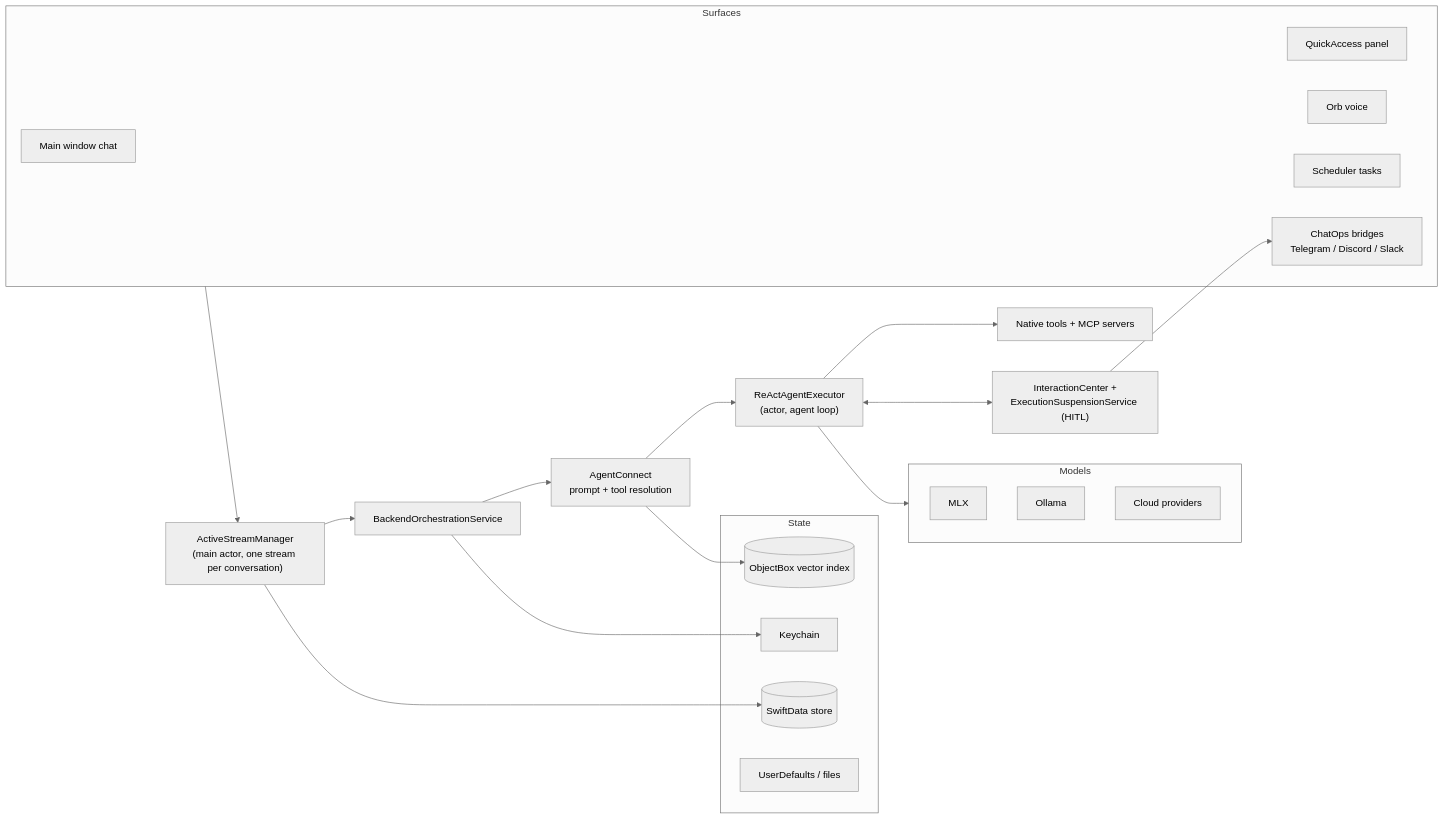
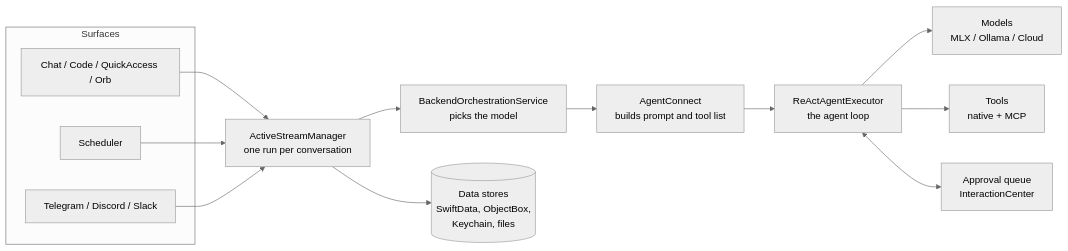
Before and after one commit to rajnsingh99/Devgentic: the diagram in ARCHITECTURE.md, drawn with Mermaid (neutral theme). The commit also changed other lines of this file and 531 other files, not shown here.

````diff
--- a/ARCHITECTURE.md
+++ b/ARCHITECTURE.md
@@ -82,40 +83,26 @@
 ```mermaid
 flowchart LR
     subgraph Surfaces
-        MW[Main window chat]
-        QA[QuickAccess panel]
-        ORB[Orb voice]
-        SCH[Scheduler tasks]
-        CO[ChatOps bridges<br/>Telegram / Discord / Slack]
+        A[Chat / Code / QuickAccess / Orb]
+        B[Scheduler]
+        C[Telegram / Discord / Slack]
     end
 
-    ASM["ActiveStreamManager<br/>(main actor, one stream per conversation)"]
-    BOS[BackendOrchestrationService]
-    AC["AgentConnect<br/>prompt + tool resolution"]
-    EXE["ReActAgentExecutor<br/>(actor, agent loop)"]
+    S[ActiveStreamManager<br/>one run per conversation]
+    O[BackendOrchestrationService<br/>picks the model]
+    G[AgentConnect<br/>builds prompt and tool list]
+    R[ReActAgentExecutor<br/>the agent loop]
+    M[Models<br/>MLX / Ollama / Cloud]
+    T[Tools<br/>native + MCP]
+    H[Approval queue<br/>InteractionCenter]
+    D[(Data stores<br/>SwiftData, ObjectBox,<br/>Keychain, files)]
 
-    subgraph Models
-        MLX[MLX]
-        OLL[Ollama]
-        CLD[Cloud providers]
-    end
-
-    TOOLS[Native tools + MCP servers]
-    HITL["InteractionCenter +<br/>ExecutionSuspensionService (HITL)"]
-
-    subgraph State
-        SD[(SwiftData store)]
-        VDB[(ObjectBox vector index)]
-        KC[Keychain]
-        UD[UserDefaults / files]
-    end
-
-    Surfaces --> ASM --> BOS --> AC --> EXE
-    EXE --> Models
-    EXE --> TOOLS
-    EXE <--> HITL
-    ASM --> SD
-    AC --> VDB
-    BOS --> KC
-    HITL --> CO
+    A --> S
+    B --> S
+    C --> S
+    S --> O --> G --> R
+    R --> M
+    R --> T
+    R <--> H
+    S --> D
 ```
````
